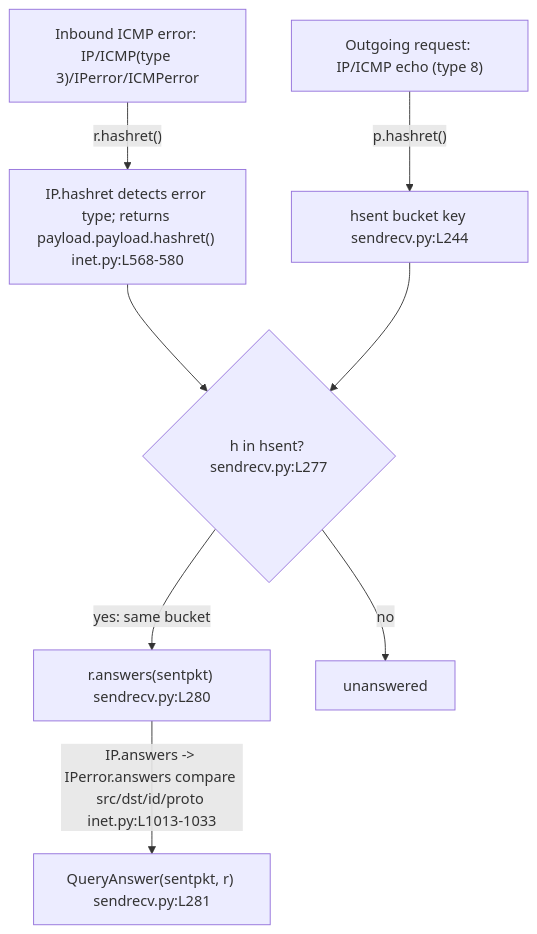
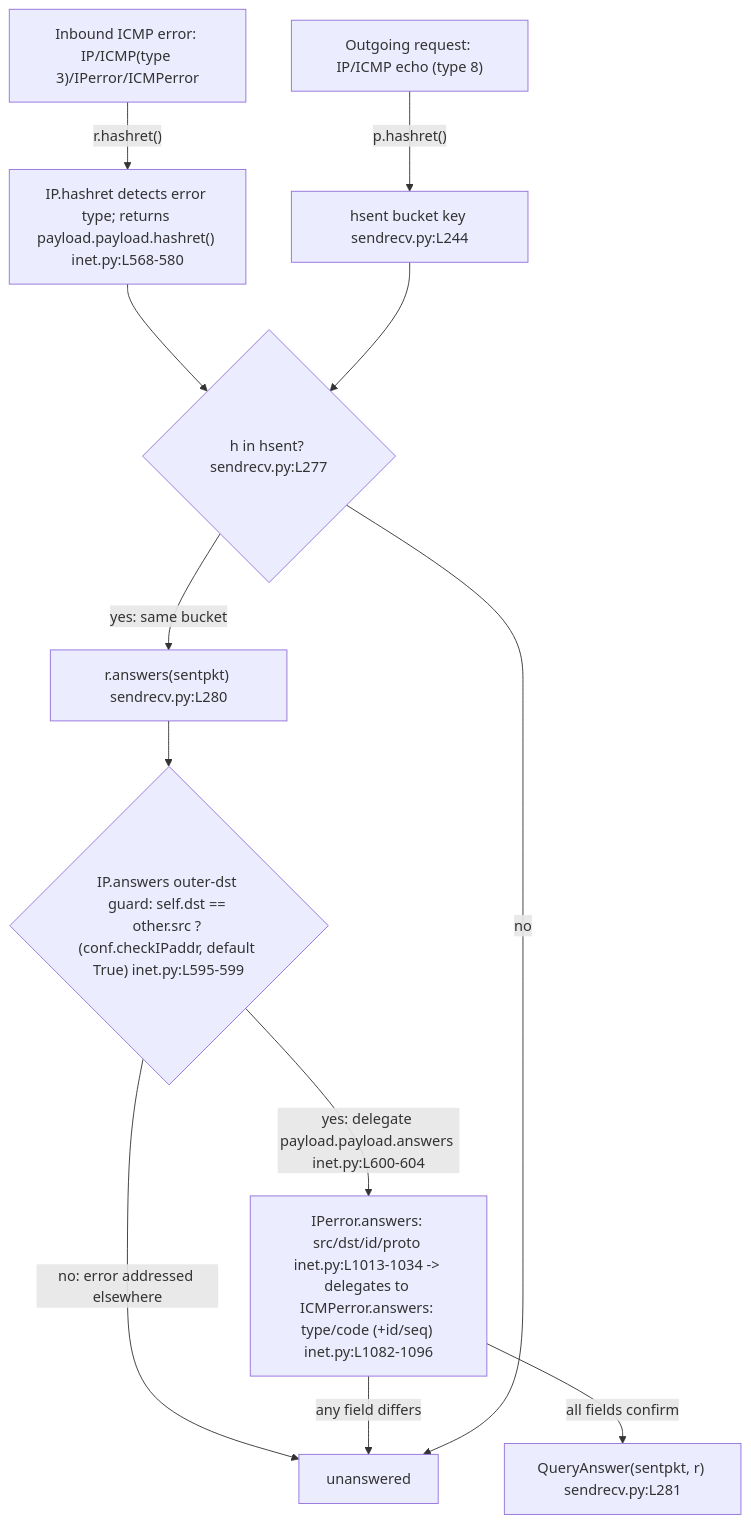
The diagram in blitzy/documentation/scapy_0925ada48540.md (blitzy-research/scapy), drawn with Mermaid before and after one commit. The commit also changed other lines of this file, not shown here.

````diff
--- a/blitzy/documentation/scapy_0925ada48540.md
+++ b/blitzy/documentation/scapy_0925ada48540.md
@@ -69,10 +82,14 @@
 ```mermaid
 flowchart TD
     A["Outgoing request: IP/ICMP echo (type 8)"] -->|"p.hashret()"| B["hsent bucket key sendrecv.py:L244"]
     C["Inbound ICMP error: IP/ICMP(type 3)/IPerror/ICMPerror"] -->|"r.hashret()"| D["IP.hashret detects error type; returns payload.payload.hashret() inet.py:L568-580"]
     D --> E{"h in hsent? sendrecv.py:L277"}
     B --> E
     E -->|"yes: same bucket"| F["r.answers(sentpkt) sendrecv.py:L280"]
-    F -->|"IP.answers -> IPerror.answers compare src/dst/id/proto inet.py:L1013-1033"| G["QueryAnswer(sentpkt, r) sendrecv.py:L281"]
-    E -->|"no"| H["unanswered"]
+    F --> FG{"IP.answers outer-dst guard: self.dst == other.src ? (conf.checkIPaddr, default True) inet.py:L595-599"}
+    FG -->|"no: error addressed elsewhere"| H["unanswered"]
+    FG -->|"yes: delegate payload.payload.answers inet.py:L600-604"| G2["IPerror.answers: src/dst/id/proto inet.py:L1013-1034 -> delegates to ICMPerror.answers: type/code (+id/seq) inet.py:L1082-1096"]
+    G2 -->|"all fields confirm"| G["QueryAnswer(sentpkt, r) sendrecv.py:L281"]
+    G2 -->|"any field differs"| H
+    E -->|"no"| H
 ```
````
